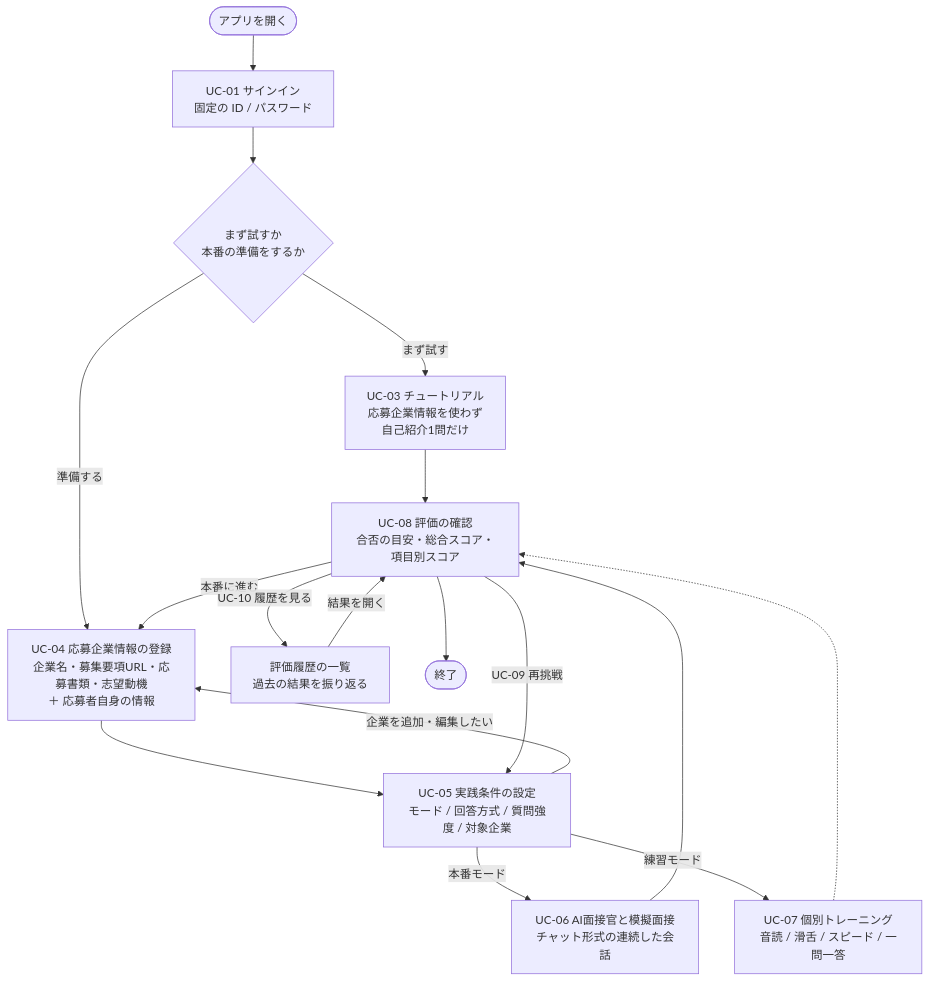
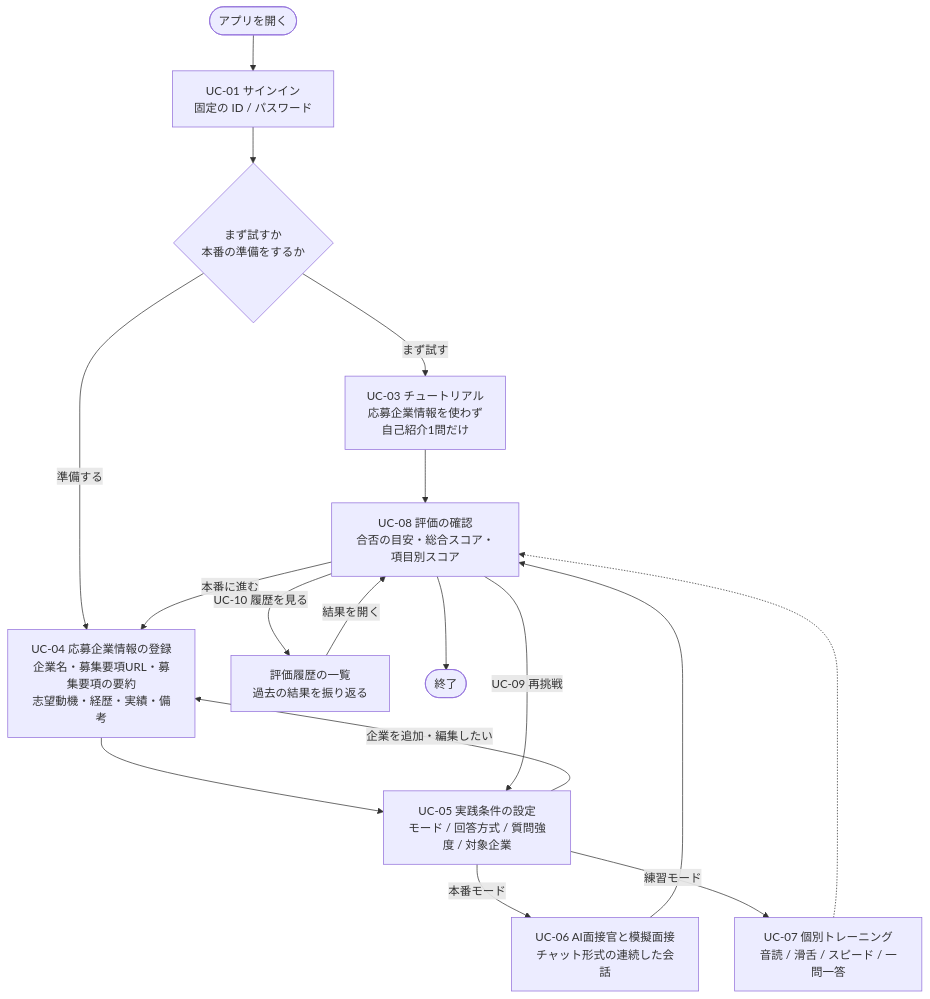
Before and after one commit to study-basic-hackathon/hanasu: the diagram in documents/ユースケース・ユーザーフロー.md, drawn with Mermaid. The commit also changed other lines of this file and 7 other files, not shown here.

````diff
--- a/documents/ユースケース・ユーザーフロー.md
+++ b/documents/ユースケース・ユーザーフロー.md
@@ -153,25 +149,25 @@
 ```mermaid
 flowchart TD
     open(["アプリを開く"]) --> signin["UC-01 サインイン<br/>固定の ID / パスワード"]
     signin --> choice{"まず試すか<br/>本番の準備をするか"}
 
     choice -->|まず試す| tutorial["UC-03 チュートリアル<br/>応募企業情報を使わず<br/>自己紹介1問だけ"]
-    choice -->|準備する| company["UC-04 応募企業情報の登録<br/>企業名・募集要項URL・応募書類・志望動機<br/>＋ 応募者自身の情報"]
+    choice -->|準備する| company["UC-04 応募企業情報の登録<br/>企業名・募集要項URL・募集要項の要約<br/>志望動機・経歴・実績・備考"]
 
     tutorial --> result
     company --> setup["UC-05 実践条件の設定<br/>モード / 回答方式 / 質問強度 / 対象企業"]
 
     setup -->|企業を追加・編集したい| company
 
     setup -->|本番モード| honban["UC-06 AI面接官と模擬面接<br/>チャット形式の連続した会話"]
     setup -->|練習モード| renshu["UC-07 個別トレーニング<br/>音読 / 滑舌 / スピード / 一問一答"]
 
     honban --> result["UC-08 評価の確認<br/>合否の目安・総合スコア・項目別スコア"]
     renshu -.-> result
 
     result -->|本番に進む| company
     result -->|UC-09 再挑戦| setup
     result -->|UC-10 履歴を見る| history["評価履歴の一覧<br/>過去の結果を振り返る"]
     history -->|結果を開く| result
     result --> finish(["終了"])
 ```
````
